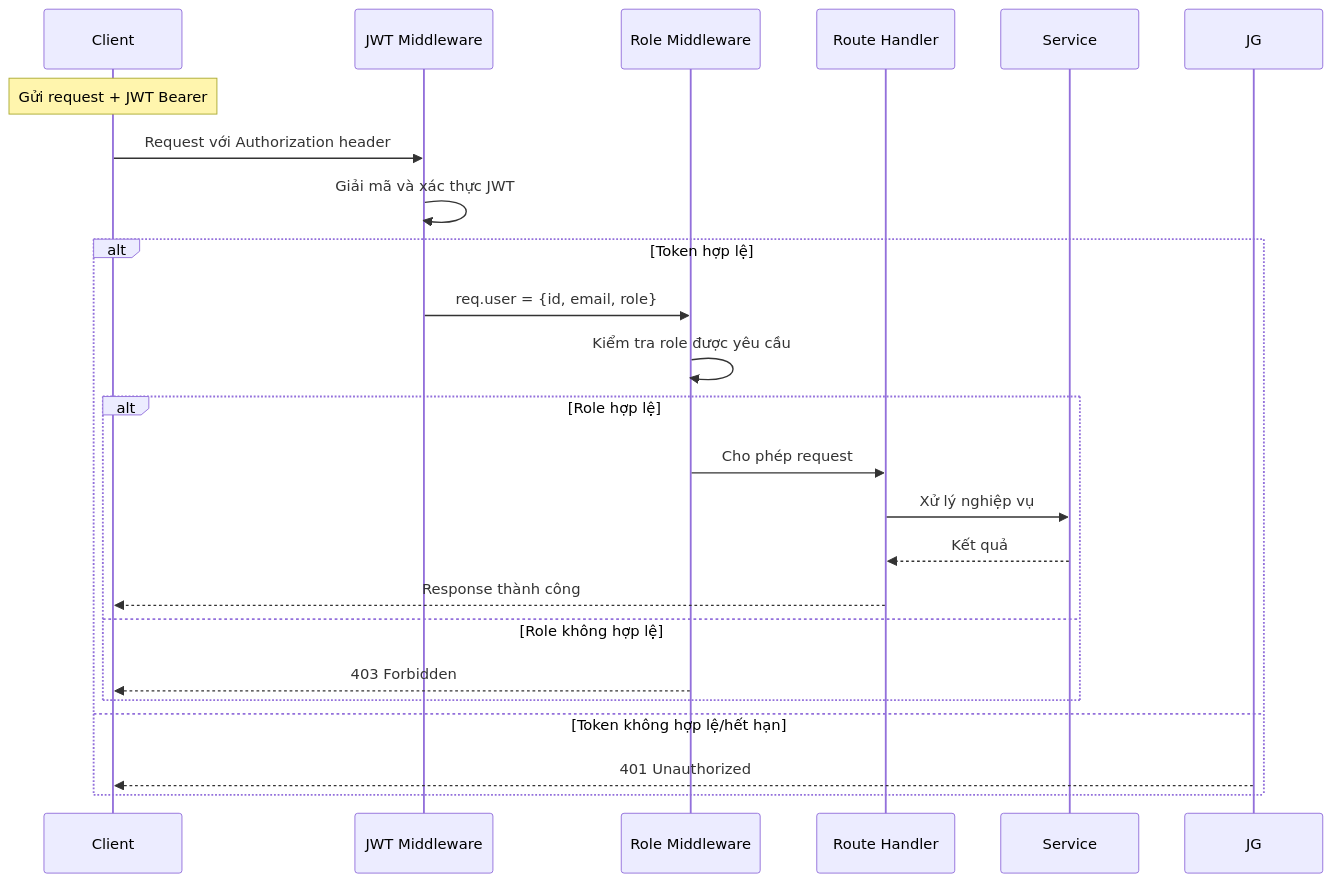
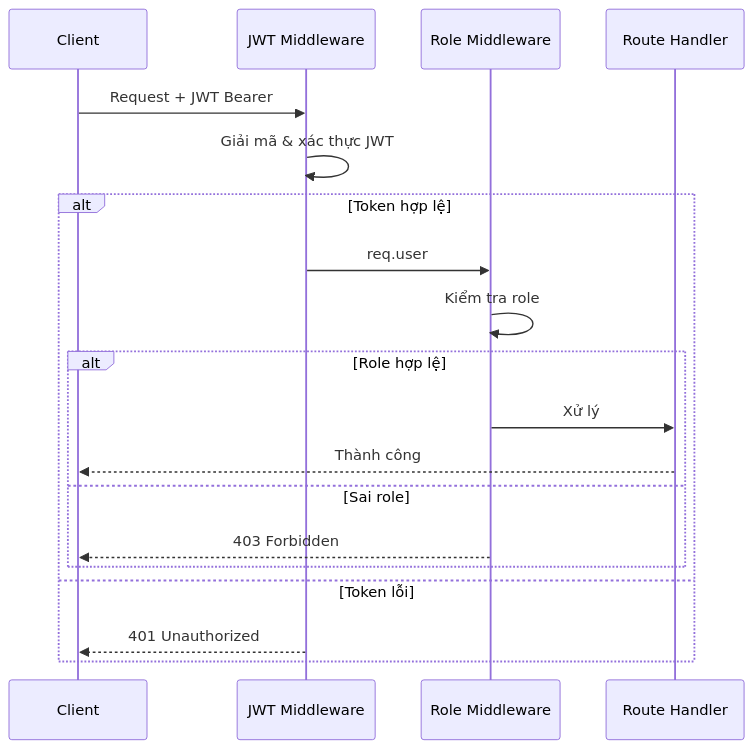
Before and after one commit to nghiaxh/hr-management: the eighth of 8 diagrams in docs/SRS.md, drawn with Mermaid. The commit also changed other lines of this file and 8 other files, not shown here.

````diff
--- a/docs/SRS.md
+++ b/docs/SRS.md
@@ -778,26 +918,21 @@
 ```mermaid
 sequenceDiagram
     participant C as Client
-    participant AUTH as JWT Middleware
-    participant ROLES as Role Middleware
+    participant JWT as JWT Middleware
+    participant ROLE as Role Middleware
     participant ROUTE as Route Handler
-    participant S as Service
-
-    Note over C: Gửi request + JWT Bearer
-    C->>AUTH: Request với Authorization header
-    AUTH->>AUTH: Giải mã và xác thực JWT
+    C->>JWT: Request + JWT Bearer
+    JWT->>JWT: Giải mã & xác thực JWT
     alt Token hợp lệ
-        AUTH->>ROLES: req.user = {id, email, role}
-        ROLES->>ROLES: Kiểm tra role được yêu cầu
+        JWT->>ROLE: req.user
+        ROLE->>ROLE: Kiểm tra role
         alt Role hợp lệ
-            ROLES->>ROUTE: Cho phép request
-            ROUTE->>S: Xử lý nghiệp vụ
-            S-->>ROUTE: Kết quả
-            ROUTE-->>C: Response thành công
-        else Role không hợp lệ
-            ROLES-->>C: 403 Forbidden
+            ROLE->>ROUTE: Xử lý
+            ROUTE-->>C: Thành công
+        else Sai role
+            ROLE-->>C: 403 Forbidden
         end
-    else Token không hợp lệ/hết hạn
-        JG-->>C: 401 Unauthorized
+    else Token lỗi
+        JWT-->>C: 401 Unauthorized
     end
 ```
````
